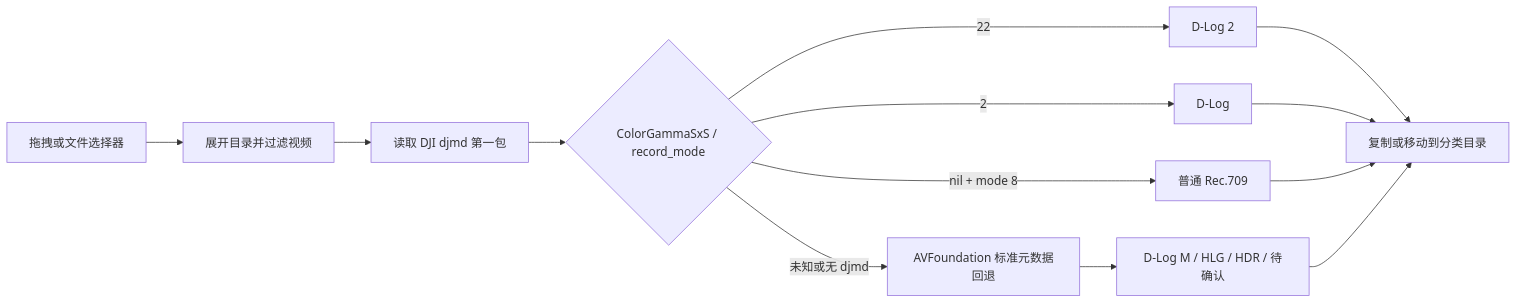
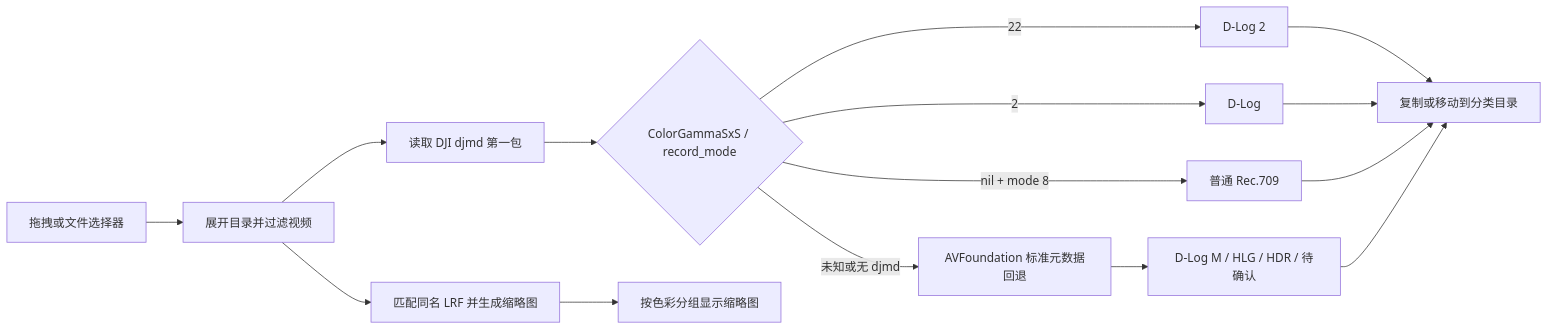
One commit to Jinshuang1996/pocket-log-sorter changed the diagram in docs/CODE_GUIDE.md. Above: the diagram before and after it, drawn with Mermaid. The commit also changed other lines of this file and 5 other files, not shown here.

````diff
--- a/docs/CODE_GUIDE.md
+++ b/docs/CODE_GUIDE.md
@@ -7,15 +7,17 @@
 ```mermaid
 flowchart LR
     A["拖拽或文件选择器"] --> B["展开目录并过滤视频"]
     B --> C["读取 DJI djmd 第一包"]
+    B --> T["匹配同名 LRF 并生成缩略图"]
     C --> D{"ColorGammaSxS / record_mode"}
     D -->|"22"| E["D-Log 2"]
     D -->|"2"| F["D-Log"]
     D -->|"nil + mode 8"| G["普通 Rec.709"]
     D -->|"未知或无 djmd"| H["AVFoundation 标准元数据回退"]
     H --> I["D-Log M / HLG / HDR / 待确认"]
     E --> J["复制或移动到分类目录"]
     F --> J
     G --> J
     I --> J
+    T --> K["按色彩分组显示缩略图"]
 ```
````
